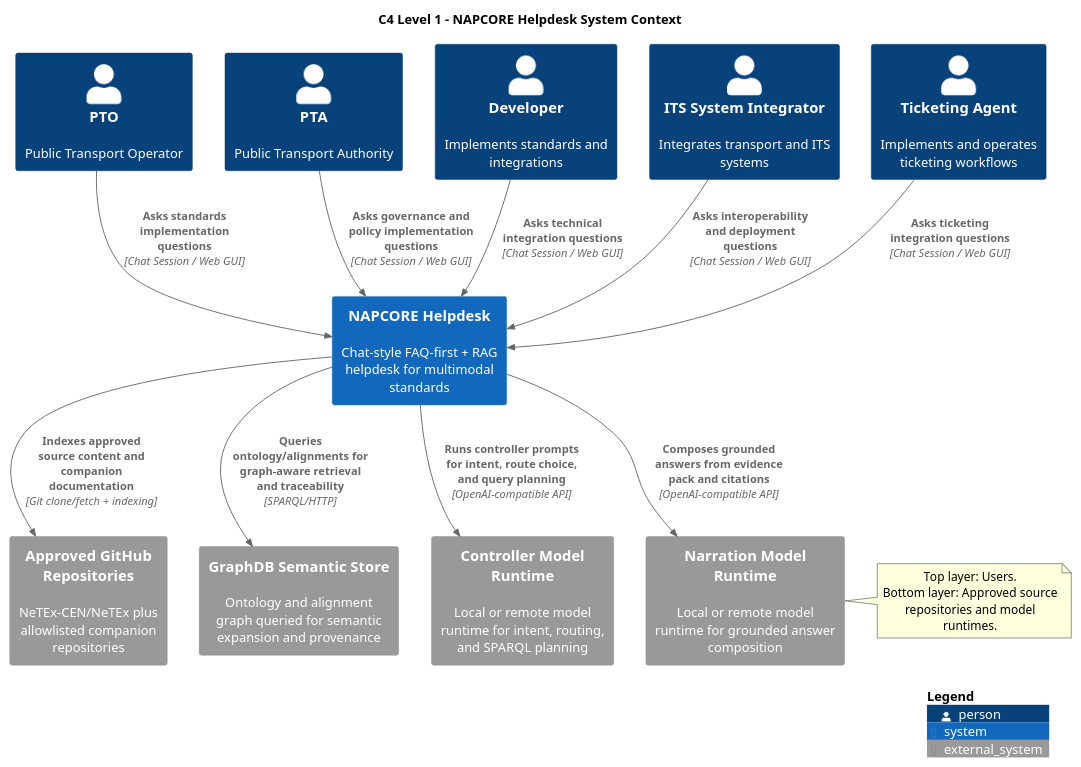
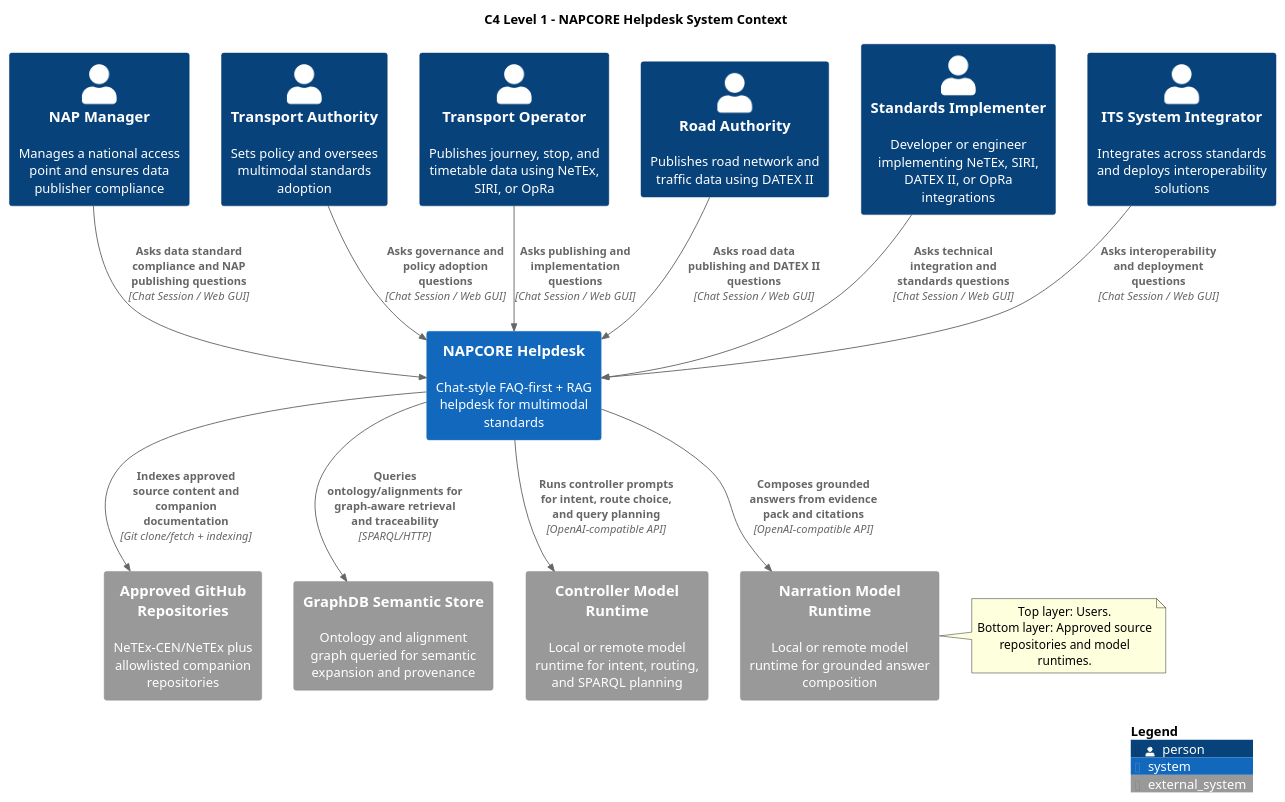
The diagram in docs/architecture/c4-system-context.puml (UM-KGPI/NapcoreHelpdesk), drawn with PlantUML before and after one commit. The commit also changed 7 other files, not shown here.

Commit message:
feat(architecture): update C4 stakeholders to representative NAPCORE constituency

```diff
--- a/docs/architecture/c4-system-context.puml
+++ b/docs/architecture/c4-system-context.puml
@@ -1,61 +1,65 @@
 @startuml
 !includeurl https://raw.githubusercontent.com/plantuml-stdlib/C4-PlantUML/master/C4_Context.puml
 
 title C4 Level 1 - NAPCORE Helpdesk System Context
 
-Person(pto, "PTO", "Public Transport Operator")
-Person(pta, "PTA", "Public Transport Authority")
-Person(dev, "Developer", "Implements standards and integrations")
-Person(integrator, "ITS System Integrator", "Integrates transport and ITS systems")
-Person(ticketing, "Ticketing Agent", "Implements and operates ticketing workflows")
+Person(nap_mgr, "NAP Manager", "Manages a national access point and ensures data publisher compliance")
+Person(transport_authority, "Transport Authority", "Sets policy and oversees multimodal standards adoption")
+Person(transport_operator, "Transport Operator", "Publishes journey, stop, and timetable data using NeTEx, SIRI, or OpRa")
+Person(road_authority, "Road Authority", "Publishes road network and traffic data using DATEX II")
+Person(implementer, "Standards Implementer", "Developer or engineer implementing NeTEx, SIRI, DATEX II, or OpRa integrations")
+Person(integrator, "ITS System Integrator", "Integrates across standards and deploys interoperability solutions")
 
 System(helpdesk, "NAPCORE Helpdesk", "Chat-style FAQ-first + RAG helpdesk for multimodal standards")
 System_Ext(github, "Approved GitHub Repositories", "NeTEx-CEN/NeTEx plus allowlisted companion repositories")
 System_Ext(graphdb, "GraphDB Semantic Store", "Ontology and alignment graph queried for semantic expansion and provenance")
 System_Ext(controller_runtime, "Controller Model Runtime", "Local or remote model runtime for intent, routing, and SPARQL planning")
 System_Ext(narration_runtime, "Narration Model Runtime", "Local or remote model runtime for grounded answer composition")
 
-Rel(pto, helpdesk, "Asks standards implementation questions", "Chat Session / Web GUI")
-Rel(pta, helpdesk, "Asks governance and policy implementation questions", "Chat Session / Web GUI")
-Rel(dev, helpdesk, "Asks technical integration questions", "Chat Session / Web GUI")
+Rel(nap_mgr, helpdesk, "Asks data standard compliance and NAP publishing questions", "Chat Session / Web GUI")
+Rel(transport_authority, helpdesk, "Asks governance and policy adoption questions", "Chat Session / Web GUI")
+Rel(transport_operator, helpdesk, "Asks publishing and implementation questions", "Chat Session / Web GUI")
+Rel(road_authority, helpdesk, "Asks road data publishing and DATEX II questions", "Chat Session / Web GUI")
+Rel(implementer, helpdesk, "Asks technical integration and standards questions", "Chat Session / Web GUI")
 Rel(integrator, helpdesk, "Asks interoperability and deployment questions", "Chat Session / Web GUI")
-Rel(ticketing, helpdesk, "Asks ticketing integration questions", "Chat Session / Web GUI")
 
 Rel(helpdesk, github, "Indexes approved source content and companion documentation", "Git clone/fetch + indexing")
 Rel(helpdesk, graphdb, "Queries ontology/alignments for graph-aware retrieval and traceability", "SPARQL/HTTP")
 Rel(helpdesk, controller_runtime, "Runs controller prompts for intent, route choice, and query planning", "OpenAI-compatible API")
 Rel(helpdesk, narration_runtime, "Composes grounded answers from evidence pack and citations", "OpenAI-compatible API")
 
 UpdateRelStyle(helpdesk, controller_runtime, $textColor="black", $lineColor="#38598A")
 UpdateRelStyle(helpdesk, narration_runtime, $textColor="black", $lineColor="#38598A")
 
-UpdateElementStyle(pto, $fontColor="#1F2F4A")
-UpdateElementStyle(pta, $fontColor="#1F2F4A")
-UpdateElementStyle(dev, $fontColor="#1F2F4A")
+UpdateElementStyle(nap_mgr, $fontColor="#1F2F4A")
+UpdateElementStyle(transport_authority, $fontColor="#1F2F4A")
+UpdateElementStyle(transport_operator, $fontColor="#1F2F4A")
+UpdateElementStyle(road_authority, $fontColor="#1F2F4A")
+UpdateElementStyle(implementer, $fontColor="#1F2F4A")
 UpdateElementStyle(integrator, $fontColor="#1F2F4A")
-UpdateElementStyle(ticketing, $fontColor="#1F2F4A")
 
 ' Top layer: actors horizontally
-Lay_R(pto, pta)
-Lay_R(pta, dev)
-Lay_R(dev, integrator)
-Lay_R(integrator, ticketing)
+Lay_R(nap_mgr, transport_authority)
+Lay_R(transport_authority, transport_operator)
+Lay_R(transport_operator, road_authority)
+Lay_R(road_authority, implementer)
+Lay_R(implementer, integrator)
 ' Middle: helpdesk below actors
-Lay_D(pto, helpdesk)
+Lay_D(nap_mgr, helpdesk)
 ' Bottom layer: external systems below helpdesk
 Lay_D(helpdesk, github)
 Lay_D(helpdesk, graphdb)
 Lay_D(helpdesk, controller_runtime)
 Lay_D(helpdesk, narration_runtime)
 Lay_R(github, graphdb)
 Lay_R(graphdb, controller_runtime)
 Lay_R(controller_runtime, narration_runtime)
 
 note right of narration_runtime
 Top layer: Users.
 Bottom layer: Approved source repositories and model runtimes.
 end note
 
 SHOW_LEGEND()
 
 @enduml
```
